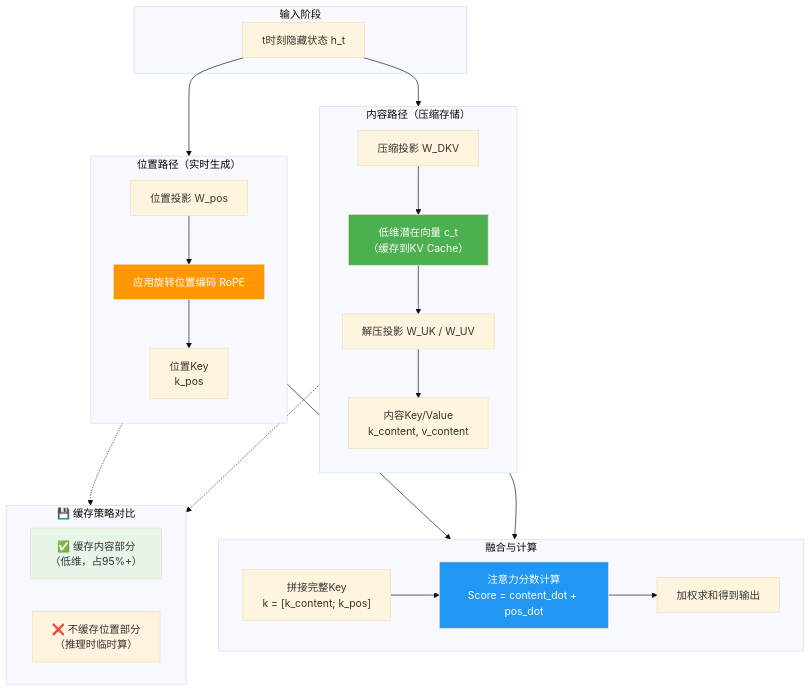
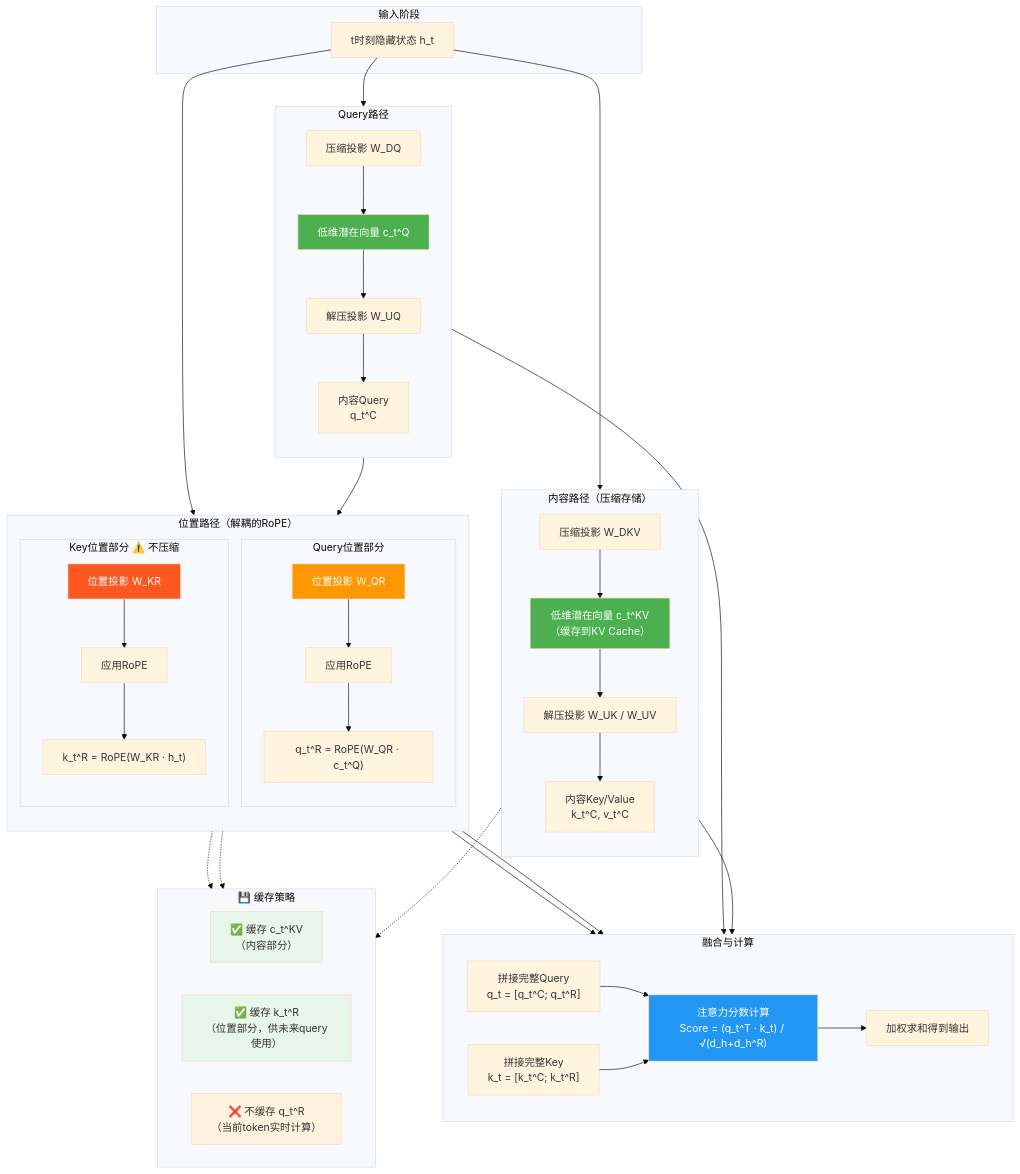
Before and after one commit to freezed-corpse-143/freezed-corpse-143.github.io: the diagram in content/经典库学习/pytorch.md, drawn with Mermaid (base theme).

Commit message:
vault backup: 2026-08-28 23:16:00

````diff
--- a/content/经典库学习/pytorch.md
+++ b/content/经典库学习/pytorch.md
@@ -614,51 +614,82 @@
 ```mermaid
 flowchart TB
     subgraph Input["输入阶段"]
         H[t时刻隐藏状态 h_t]
     end
 
     subgraph ContentPath["内容路径（压缩存储）"]
         direction TB
         C1["压缩投影 W_DKV"]
-        C2["低维潜在向量 c_t<br/>（缓存到KV Cache）"]
+        C2["低维潜在向量 c_t^KV<br/>（缓存到KV Cache）"]
         C3["解压投影 W_UK / W_UV"]
-        C4["内容Key/Value<br/>k_content, v_content"]
+        C4["内容Key/Value<br/>k_t^C, v_t^C"]
         
         H --> C1 --> C2 --> C3 --> C4
     end
 
-    subgraph PosPath["位置路径（实时生成）"]
+    subgraph QueryPath["Query路径"]
         direction TB
-        P1["位置投影 W_pos"]
-        P2["应用旋转位置编码 RoPE"]
-        P3["位置Key<br/>k_pos"]
+        Q1["压缩投影 W_DQ"]
+        Q2["低维潜在向量 c_t^Q"]
+        Q3["解压投影 W_UQ"]
+        Q4["内容Query<br/>q_t^C"]
         
-        H --> P1 --> P2 --> P3
+        H --> Q1 --> Q2 --> Q3 --> Q4
+    end
+
+    subgraph PosPath["位置路径（解耦的RoPE）"]
+        direction TB
+        
+        subgraph QueryPos["Query位置部分"]
+            QP1["位置投影 W_QR"]
+            QP2["应用RoPE"]
+            QP3["q_t^R = RoPE(W_QR · c_t^Q)"]
+            
+            Q2 --> QP1 --> QP2 --> QP3
+        end
+        
+        subgraph KeyPos["Key位置部分 ⚠️ 不压缩"]
+            KP1["位置投影 W_KR"]
+            KP2["应用RoPE"]
+            KP3["k_t^R = RoPE(W_KR · h_t)"]
+            
+            H --> KP1 --> KP2 --> KP3
+        end
     end
 
     subgraph Merge["融合与计算"]
         direction LR
-        M1["拼接完整Key<br/>k = [k_content; k_pos]"]
-        M2["注意力分数计算<br/>Score = content_dot + pos_dot"]
-        M3["加权求和得到输出"]
+        M1["拼接完整Query<br/>q_t = [q_t^C; q_t^R]"]
+        M2["拼接完整Key<br/>k_t = [k_t^C; k_t^R]"]
+        M3["注意力分数计算<br/>Score = (q_t^T · k_t) / √(d_h+d_h^R)"]
+        M4["加权求和得到输出"]
         
-        C4 --> M1
-        P3 --> M1
-        M1 --> M2 --> M3
+        Q4 --> M1
+        QP3 --> M1
+        C4 --> M2
+        KP3 --> M2
+        M1 --> M3
+        M2 --> M3
+        M3 --> M4
     end
 
-    subgraph Cache["💾 缓存策略对比"]
+    subgraph Cache["💾 缓存策略"]
         direction LR
-        Cache1["✅ 缓存内容部分<br/>（低维，占95%+）"]
-        Cache2["❌ 不缓存位置部分<br/>（推理时临时算）"]
+        Cache1["✅ 缓存 c_t^KV<br/>（内容部分）"]
+        Cache2["✅ 缓存 k_t^R<br/>（位置部分，供未来query使用）"]
+        Cache3["❌ 不缓存 q_t^R<br/>（当前token实时计算）"]
+        
+        C2 -.-> Cache1
+        KP3 -.-> Cache2
+        QP3 -.-> Cache3
     end
 
-    C2 -.-> Cache1
-    P3 -.-> Cache2
-
     style C2 fill:#4CAF50,color:#fff
-    style P2 fill:#FF9800,color:#fff
-    style M2 fill:#2196F3,color:#fff
+    style Q2 fill:#4CAF50,color:#fff
+    style QP1 fill:#FF9800,color:#fff
+    style KP1 fill:#FF5722,color:#fff
+    style M3 fill:#2196F3,color:#fff
     style Cache1 fill:#e8f5e9
-    style Cache2 fill:#fff3e0
+    style Cache2 fill:#e8f5e9
+    style Cache3 fill:#fff3e0
 ```
````
